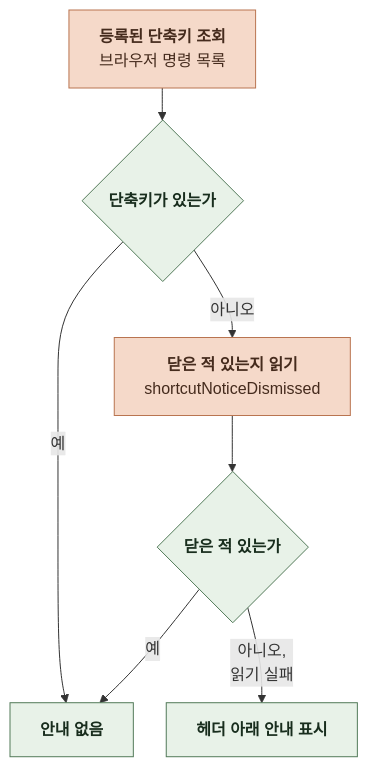
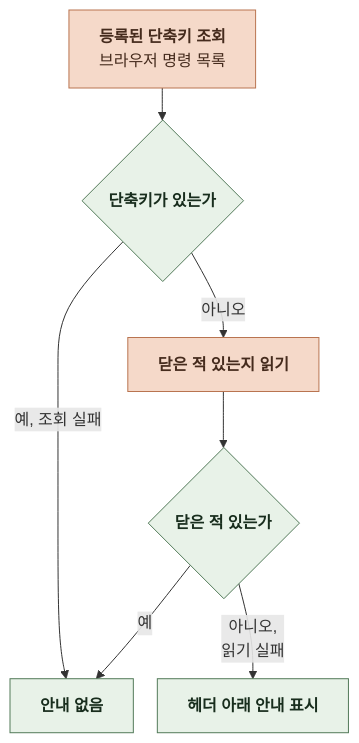
Before and after one commit to kangkyunghyun/LinKHU: the fourth of 7 diagrams in docs/spec/6-1-INTERACTION.md, drawn with Mermaid. The commit also changed other lines of this file and 23 other files, not shown here.

````diff
--- a/docs/spec/6-1-INTERACTION.md
+++ b/docs/spec/6-1-INTERACTION.md
@@ -157,17 +168,16 @@
 ```mermaid
 %%{init: {"flowchart": {"curve": "basis", "nodeSpacing": 24, "rankSpacing": 32}}}%%
 flowchart TD
     A["`**등록된 단축키 조회**
 브라우저 명령 목록`"] --> B{"`**단축키가 있는가**`"}
-    B -->|예| X["`**안내 없음**`"]
-    B -->|아니오| C["`**닫은 적 있는지 읽기**
-shortcutNoticeDismissed`"]
+    B -->|"`예, 조회 실패`"| X["`**안내 없음**`"]
+    B -->|아니오| C["`**닫은 적 있는지 읽기**`"]
     C --> D{"`**닫은 적 있는가**`"}
     D -->|예| X
     D -->|"`아니오,
 읽기 실패`"| E["`**헤더 아래 안내 표시**`"]
     classDef comp fill:#E8F2E8,stroke:#527A59,color:#182D1D
     classDef store fill:#F5D9C9,stroke:#B97450,color:#452B1D
     class B,D,X,E comp
     class A,C store
 ```
````
